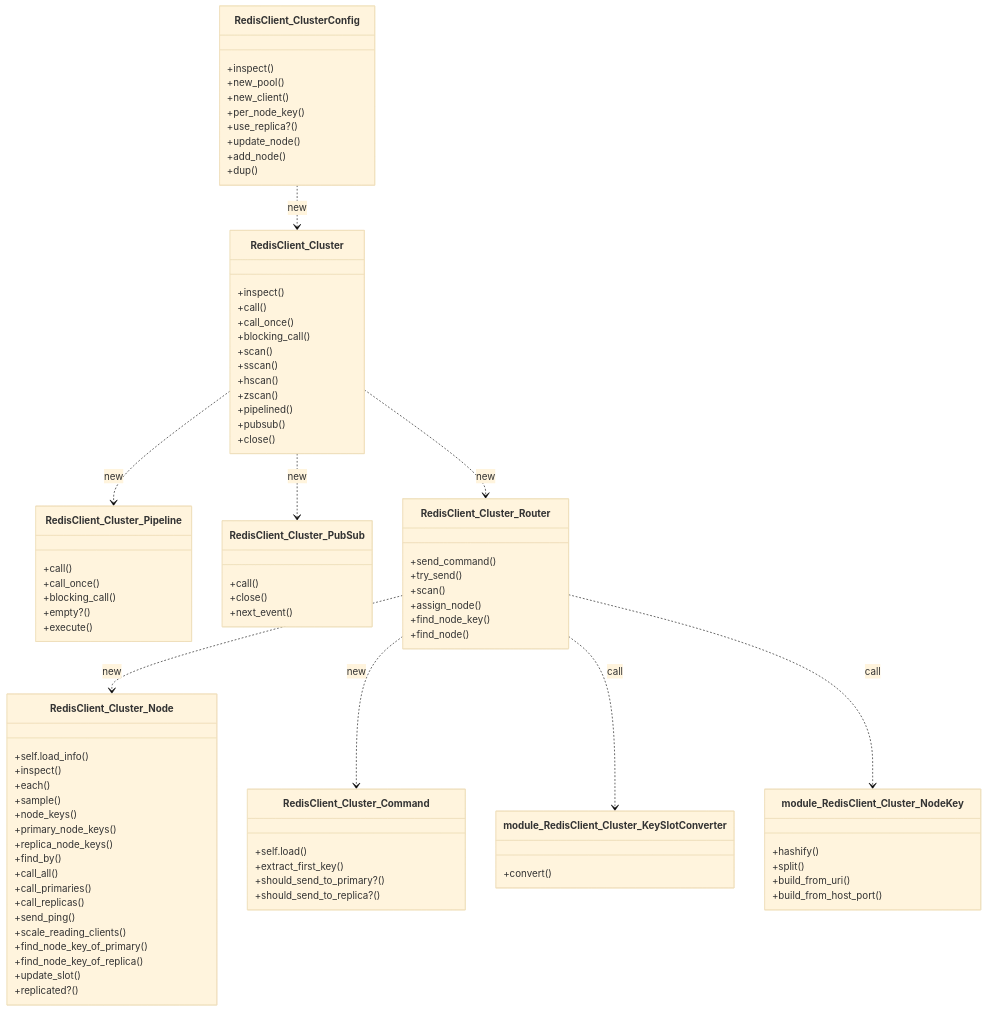
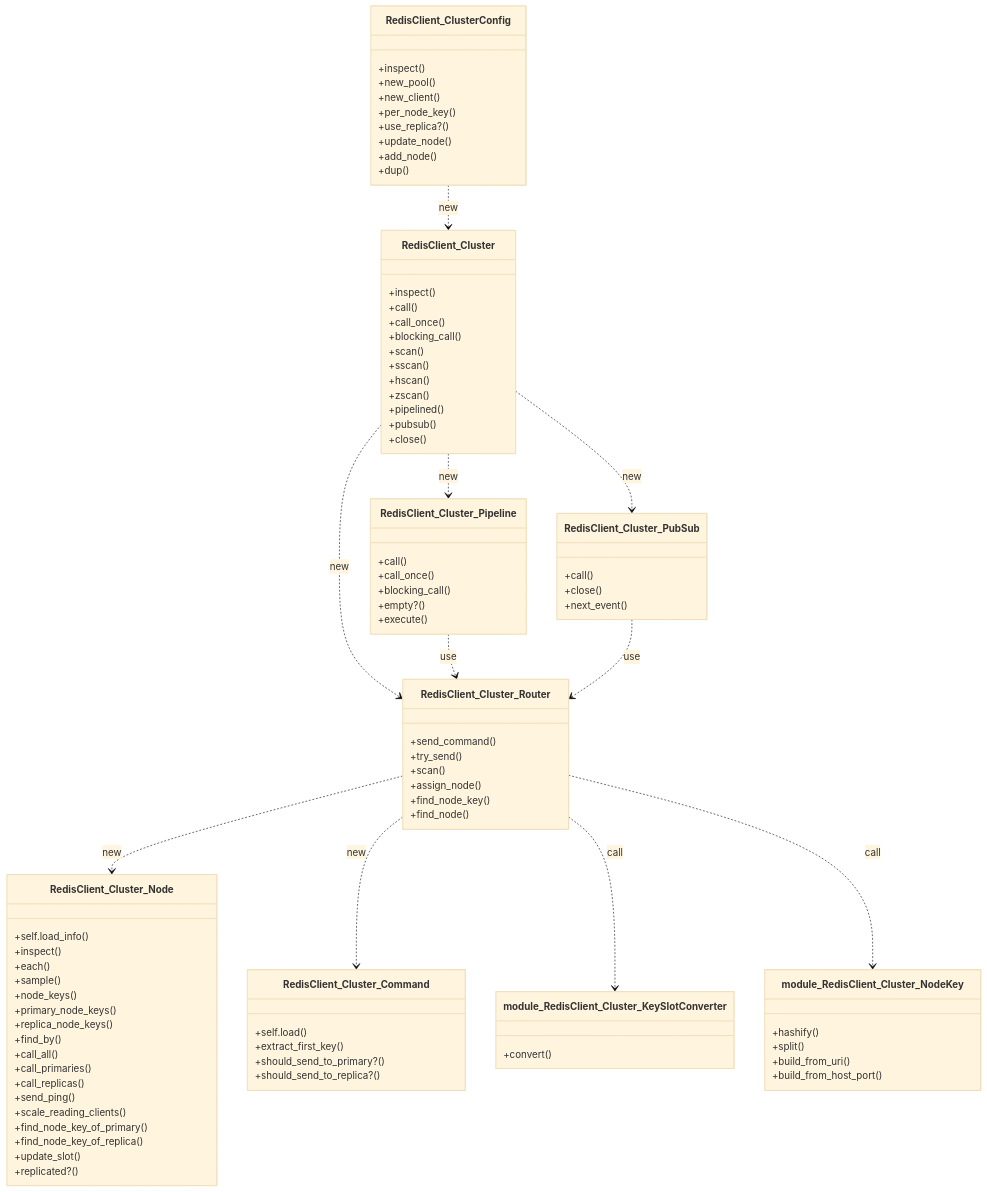
The diagram in docs/class_diagrams_redis_cluster_client.md (redis-rb/redis-cluster-client), drawn with Mermaid (base theme) before and after one commit. The commit also changed 4 other files, not shown here.

Commit message:
feat: support more compatibility with redis client (#85)

```diff
--- a/docs/class_diagrams_redis_cluster_client.md
+++ b/docs/class_diagrams_redis_cluster_client.md
@@ -94,6 +94,9 @@
   RedisClient_Cluster ..> RedisClient_Cluster_PubSub : new
   RedisClient_Cluster ..> RedisClient_Cluster_Router : new
 
+  RedisClient_Cluster_Pipeline ..> RedisClient_Cluster_Router : use
+  RedisClient_Cluster_PubSub ..> RedisClient_Cluster_Router : use
+
   RedisClient_Cluster_Router ..> RedisClient_Cluster_Node : new
   RedisClient_Cluster_Router ..> RedisClient_Cluster_Command : new
   RedisClient_Cluster_Router ..> module_RedisClient_Cluster_KeySlotConverter : call
```
